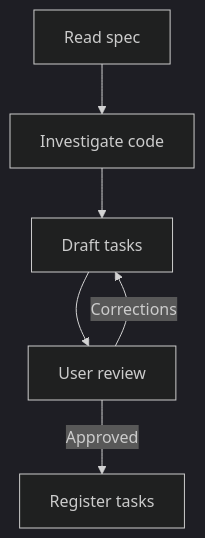
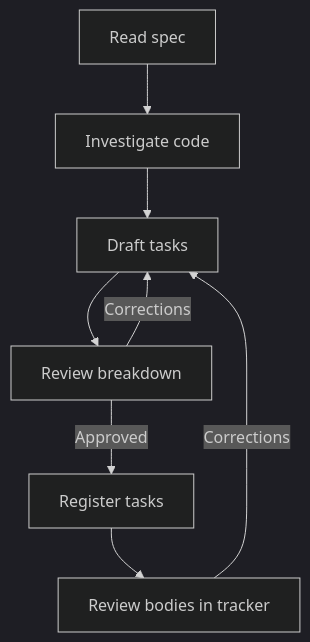
Before and after one commit to adeonir/agent-skills: the diagram in skills/engineering/to-tasks/README.md, drawn with Mermaid (dark theme). The commit also changed other lines of this file and 3 other files, not shown here.

Commit message:
feat(to-tasks): review the breakdown in chat and the task bodies in the tracker

````diff
--- a/skills/engineering/to-tasks/README.md
+++ b/skills/engineering/to-tasks/README.md
@@ -7,8 +7,10 @@
 ```mermaid
 flowchart TD
     A[Read spec] --> B[Investigate code]
     B --> C[Draft tasks]
-    C --> D[User review]
+    C --> D[Review breakdown]
     D -->|Corrections| C
     D -->|Approved| E[Register tasks]
+    E --> F[Review bodies in tracker]
+    F -->|Corrections| C
 ```
````
